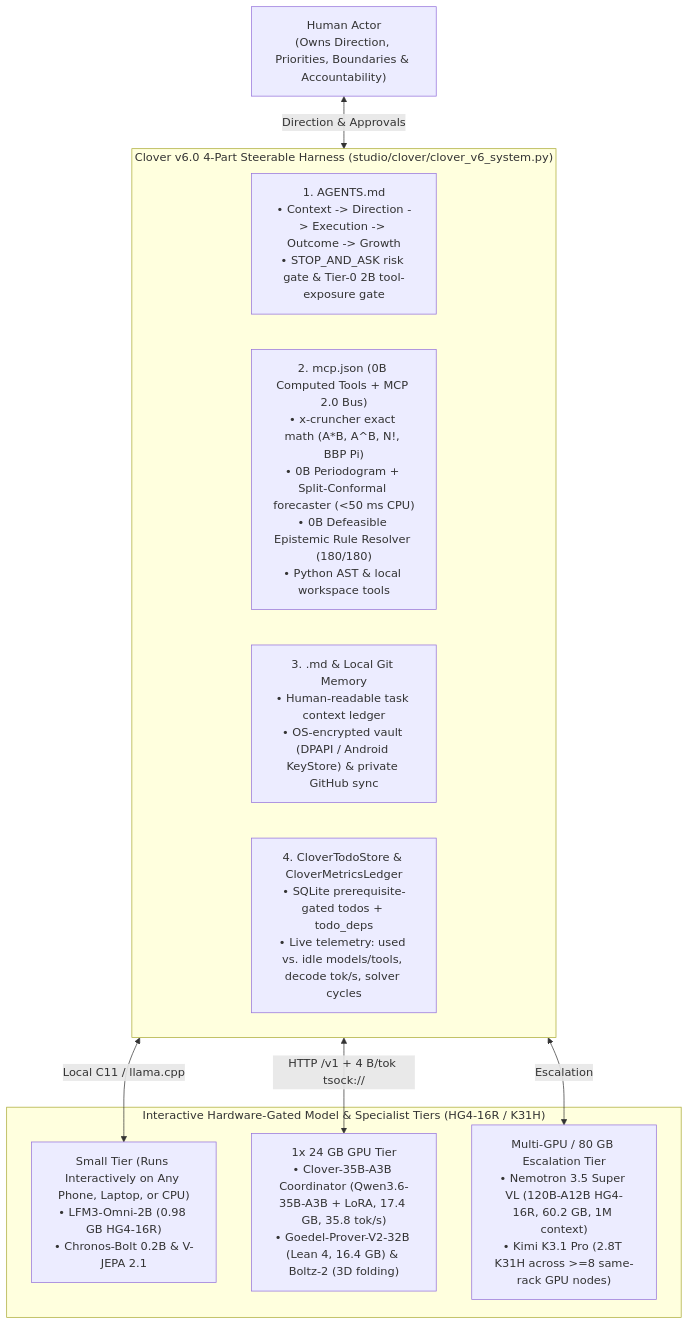
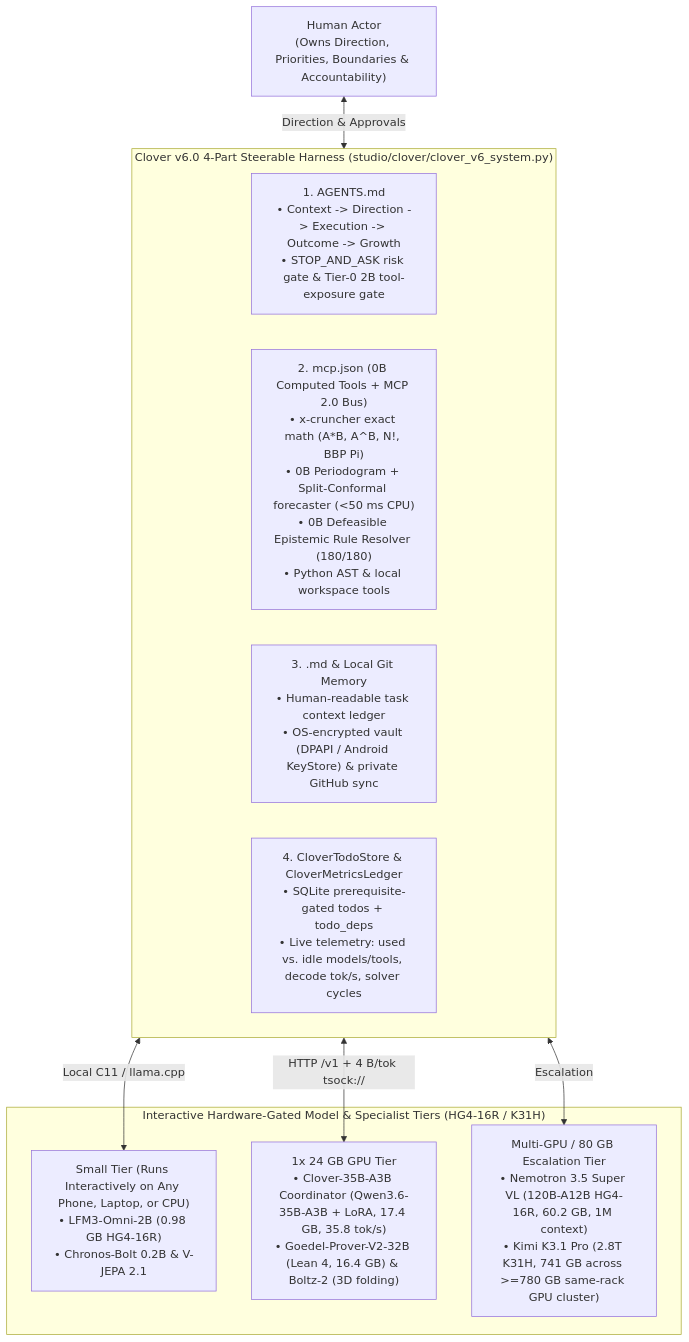
One commit to santhoshsathish94/clover-framework changed the diagram in clover-ai-system/CLOVER_FRAMEWORK_ARCHITECTURE.md. Above: the diagram before and after it, drawn with Mermaid. The commit also changed other lines of this file and 45 other files, not shown here.

````diff
--- a/clover-ai-system/CLOVER_FRAMEWORK_ARCHITECTURE.md
+++ b/clover-ai-system/CLOVER_FRAMEWORK_ARCHITECTURE.md
@@ -12,22 +12,22 @@
 ```mermaid
 flowchart TB
     H["Human Actor\n(Owns Direction, Priorities, Boundaries & Accountability)"]
 
     subgraph Harness["Clover v6.0 4-Part Steerable Harness (studio/clover/clover_v6_system.py)"]
         P1["1. AGENTS.md\n• Context -> Direction -> Execution -> Outcome -> Growth\n• STOP_AND_ASK risk gate & Tier-0 2B tool-exposure gate"]
         P2["2. mcp.json (0B Computed Tools + MCP 2.0 Bus)\n• x-cruncher exact math (A*B, A^B, N!, BBP Pi)\n• 0B Periodogram + Split-Conformal forecaster (<50 ms CPU)\n• 0B Defeasible Epistemic Rule Resolver (180/180)\n• Python AST & local workspace tools"]
         P3["3. <task_id>.md & Local Git Memory\n• Human-readable task context ledger\n• OS-encrypted vault (DPAPI / Android KeyStore) & private GitHub sync"]
         P4["4. CloverTodoStore & CloverMetricsLedger\n• SQLite prerequisite-gated todos + todo_deps\n• Live telemetry: used vs. idle models/tools, decode tok/s, solver cycles"]
     end
 
     subgraph Fleet["Interactive Hardware-Gated Model & Specialist Tiers (HG4-16R / K31H)"]
         S_ANY["Small Tier (Runs Interactively on Any Phone, Laptop, or CPU)\n• LFM3-Omni-2B (0.98 GB HG4-16R)\n• Chronos-Bolt 0.2B & V-JEPA 2.1"]
         S_24["1x 24 GB GPU Tier\n• Clover-35B-A3B Coordinator (Qwen3.6-35B-A3B + LoRA, 17.4 GB, 35.8 tok/s)\n• Goedel-Prover-V2-32B (Lean 4, 16.4 GB) & Boltz-2 (3D folding)"]
-        S_72["Multi-GPU / 80 GB Escalation Tier\n• Nemotron 3.5 Super VL (120B-A12B HG4-16R, 60.2 GB, 1M context)\n• Kimi K3.1 Pro (2.8T K31H across >=8 same-rack GPU nodes)"]
+        S_72["Multi-GPU / 80 GB Escalation Tier\n• Nemotron 3.5 Super VL (120B-A12B HG4-16R, 60.2 GB, 1M context)\n• Kimi K3.1 Pro (2.8T K31H, 741 GB across >=780 GB same-rack GPU cluster)"]
     end
 
     H <-->|"Direction & Approvals"| Harness
     Harness <-->|"Local C11 / llama.cpp"| S_ANY
     Harness <-->|"HTTP /v1 + 4 B/tok tsock://"| S_24
     Harness <-->|"Escalation"| S_72
 ```
````
